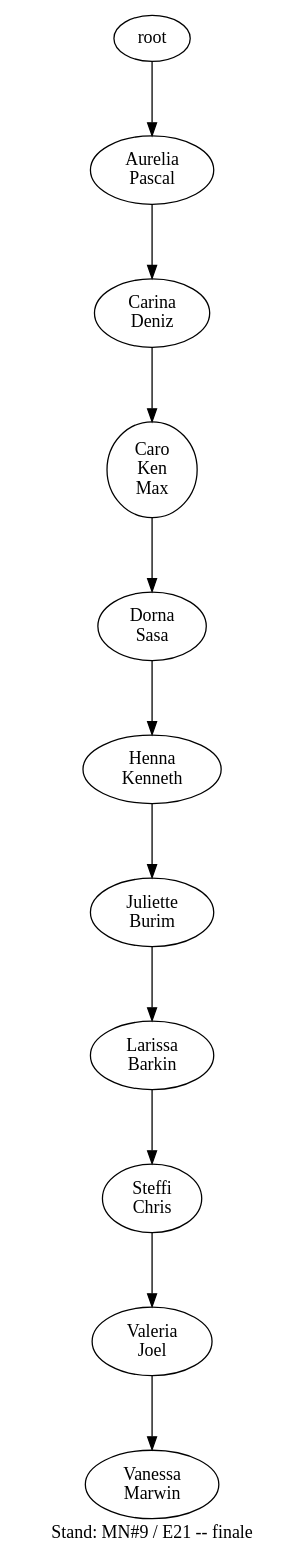
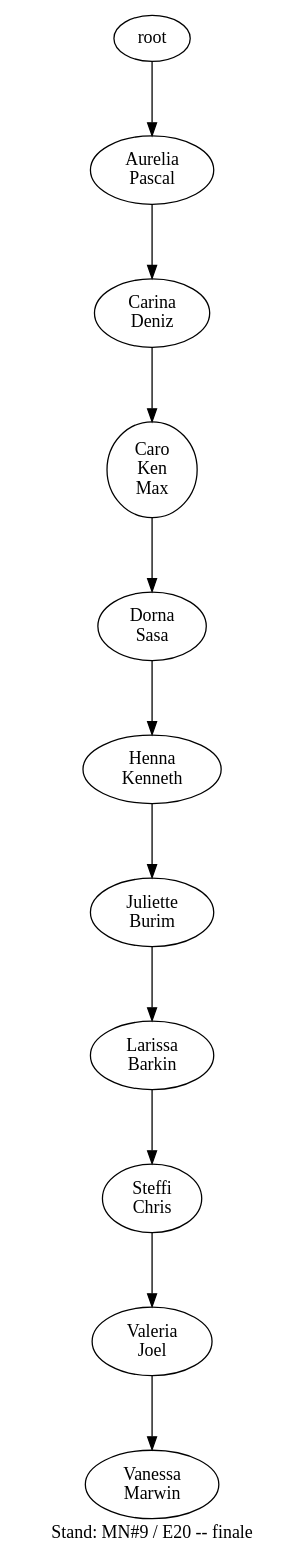
Before and after one commit to atticus-sullivan/sim-ayto: the diagram in data/de04/de04_19_tree.dot, drawn with Graphviz. The commit also changed 88 other files, not shown here.

```diff
--- a/data/de04/de04_19_tree.dot
+++ b/data/de04/de04_19_tree.dot
@@ -1,22 +1,22 @@
-digraph D { labelloc="b"; label="Stand: MN#9 / E21 -- finale"; ranksep=0.8;
+digraph D { labelloc="b"; label="Stand: MN#9 / E20 -- finale"; ranksep=0.8;
 "root/8"[label="Aurelia\nPascal"]
 "root" -> "root/8";
 "root/8/3"[label="Carina\nDeniz"]
 "root/8" -> "root/8/3";
 "root/8/3/5,7"[label="Caro\nKen\nMax"]
 "root/8/3" -> "root/8/3/5,7";
 "root/8/3/5,7/9"[label="Dorna\nSasa"]
 "root/8/3/5,7" -> "root/8/3/5,7/9";
 "root/8/3/5,7/9/6"[label="Henna\nKenneth"]
 "root/8/3/5,7/9" -> "root/8/3/5,7/9/6";
 "root/8/3/5,7/9/6/1"[label="Juliette\nBurim"]
 "root/8/3/5,7/9/6" -> "root/8/3/5,7/9/6/1";
 "root/8/3/5,7/9/6/1/0"[label="Larissa\nBarkin"]
 "root/8/3/5,7/9/6/1" -> "root/8/3/5,7/9/6/1/0";
 "root/8/3/5,7/9/6/1/0/2"[label="Steffi\nChris"]
 "root/8/3/5,7/9/6/1/0" -> "root/8/3/5,7/9/6/1/0/2";
 "root/8/3/5,7/9/6/1/0/2/4"[label="Valeria\nJoel"]
 "root/8/3/5,7/9/6/1/0/2" -> "root/8/3/5,7/9/6/1/0/2/4";
 "root/8/3/5,7/9/6/1/0/2/4/10"[label="Vanessa\nMarwin"]
 "root/8/3/5,7/9/6/1/0/2/4" -> "root/8/3/5,7/9/6/1/0/2/4/10";
 }
```
